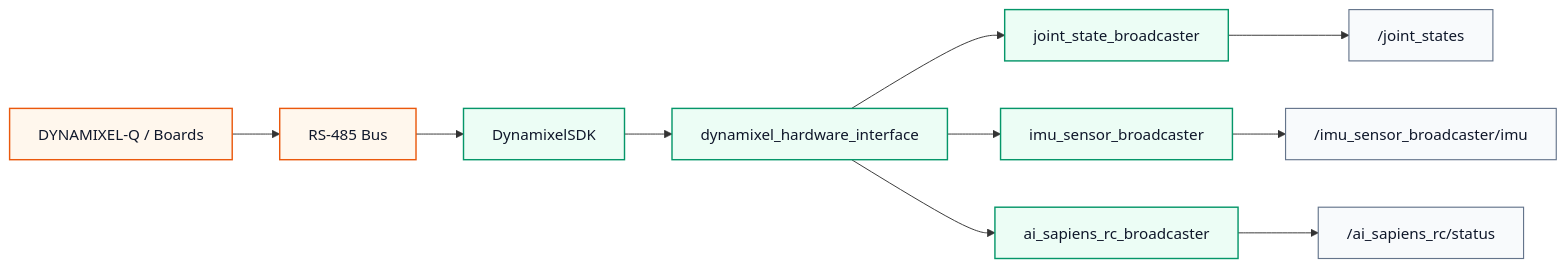
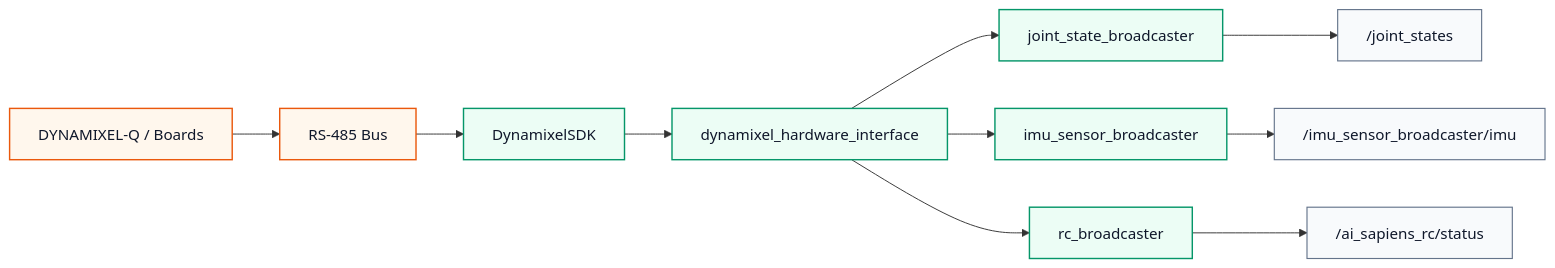
One commit to ROBOTIS-GIT/docs changed the third of 3 diagrams in docusaurus/docs/systems/aisapiens/specifications/software.mdx. Above: the diagram before and after it, drawn with Mermaid. The commit also changed other lines of this file and 17 other files, not shown here.

````diff
--- a/docusaurus/docs/systems/aisapiens/specifications/software.mdx
+++ b/docusaurus/docs/systems/aisapiens/specifications/software.mdx
@@ -123,20 +123,20 @@
 ```mermaid
 flowchart LR
   classDef hardware fill:#fff7ed,stroke:#ea580c,color:#0f172a,stroke-width:1.5px
   classDef control fill:#ecfdf5,stroke:#059669,color:#0f172a,stroke-width:1.5px
   classDef topic fill:#f8fafc,stroke:#64748b,color:#0f172a,stroke-width:1.2px
 
   Hardware["DYNAMIXEL-Q / Boards"] --> Bus["RS-485 Bus"]
   Bus --> SDK["DynamixelSDK"]
   SDK --> HardwareInterface["dynamixel_hardware_interface"]
   HardwareInterface --> JointState["joint_state_broadcaster"]
   HardwareInterface --> Imu["imu_sensor_broadcaster"]
-  HardwareInterface --> RC["ai_sapiens_rc_broadcaster"]
+  HardwareInterface --> RC["rc_broadcaster"]
   JointState --> JointTopic["/joint_states"]
   Imu --> ImuTopic["/imu_sensor_broadcaster/imu"]
   RC --> RcTopic["/ai_sapiens_rc/status"]
 
   class Hardware,Bus hardware
   class SDK,HardwareInterface,JointState,Imu,RC control
   class JointTopic,ImuTopic,RcTopic topic
 ```
````
